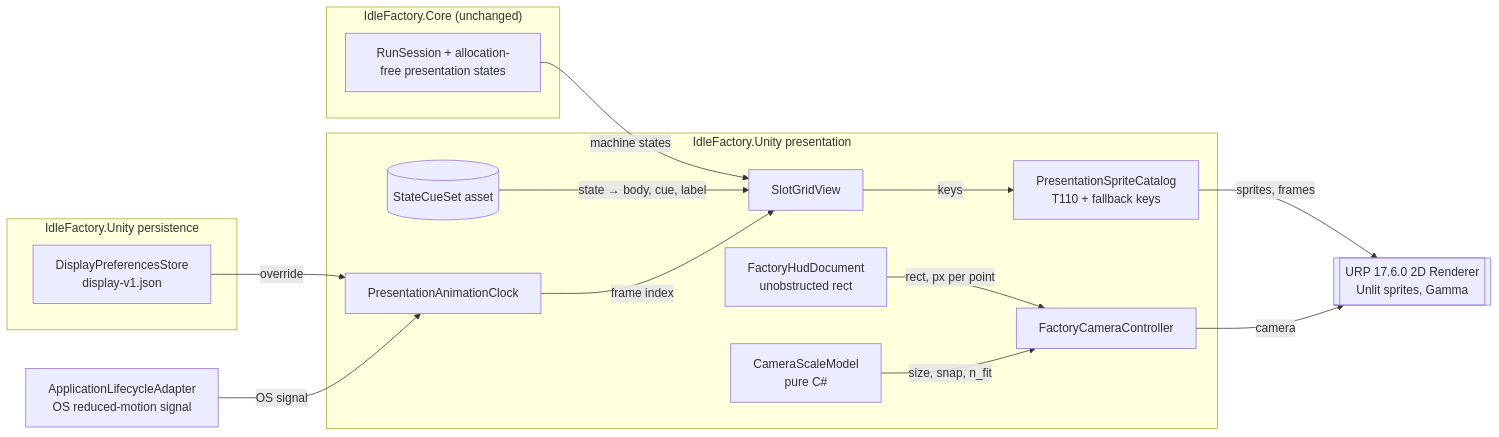
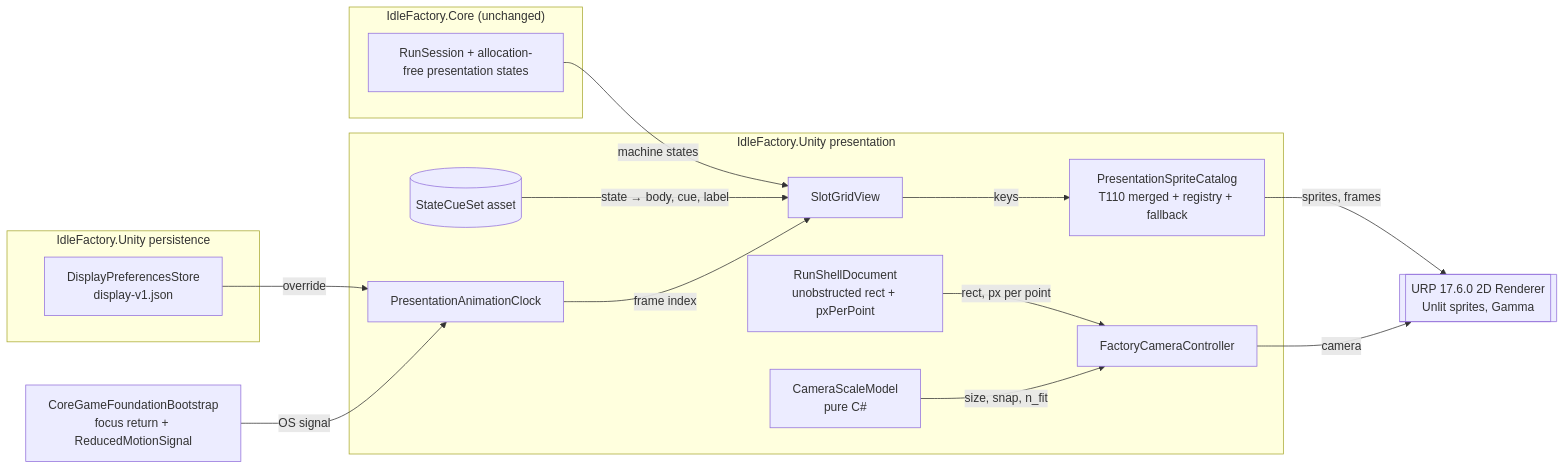
One commit to fjure/idle-factory-game changed the diagram in specs/004-visual-identity/component-diagram.md. Above: the diagram before and after it, drawn with Mermaid. The commit also changed 8 other files, not shown here.

````diff
--- a/specs/004-visual-identity/component-diagram.md
+++ b/specs/004-visual-identity/component-diagram.md
@@ -15,31 +15,31 @@
 ```mermaid
 flowchart LR
   subgraph Core["IdleFactory.Core (unchanged)"]
     RS[RunSession + allocation-free presentation states]
   end
   subgraph Presentation["IdleFactory.Unity presentation"]
     SGV[SlotGridView]
     SCS[(StateCueSet asset)]
-    CAT[PresentationSpriteCatalog\nT110 + fallback keys]
+    CAT[PresentationSpriteCatalog\nT110 merged + registry + fallback]
     CLK[PresentationAnimationClock]
     CSM[CameraScaleModel\npure C#]
     FCC[FactoryCameraController]
-    HUD[FactoryHudDocument\nunobstructed rect]
+    HUD[RunShellDocument\nunobstructed rect + pxPerPoint]
   end
   subgraph Persistence["IdleFactory.Unity persistence"]
     DPS[DisplayPreferencesStore\ndisplay-v1.json]
   end
-  LCA[ApplicationLifecycleAdapter\nOS reduced-motion signal]
+  LCA[CoreGameFoundationBootstrap\nfocus return + ReducedMotionSignal]
   URP[[URP 17.6.0 2D Renderer\nUnlit sprites, Gamma]]
 
   RS -->|machine states| SGV
   SCS -->|state → body, cue, label| SGV
   SGV -->|keys| CAT
   CLK -->|frame index| SGV
   DPS -->|override| CLK
   LCA -->|OS signal| CLK
   HUD -->|rect, px per point| FCC
   CSM -->|size, snap, n_fit| FCC
   CAT -->|sprites, frames| URP
   FCC -->|camera| URP
 ```
````
